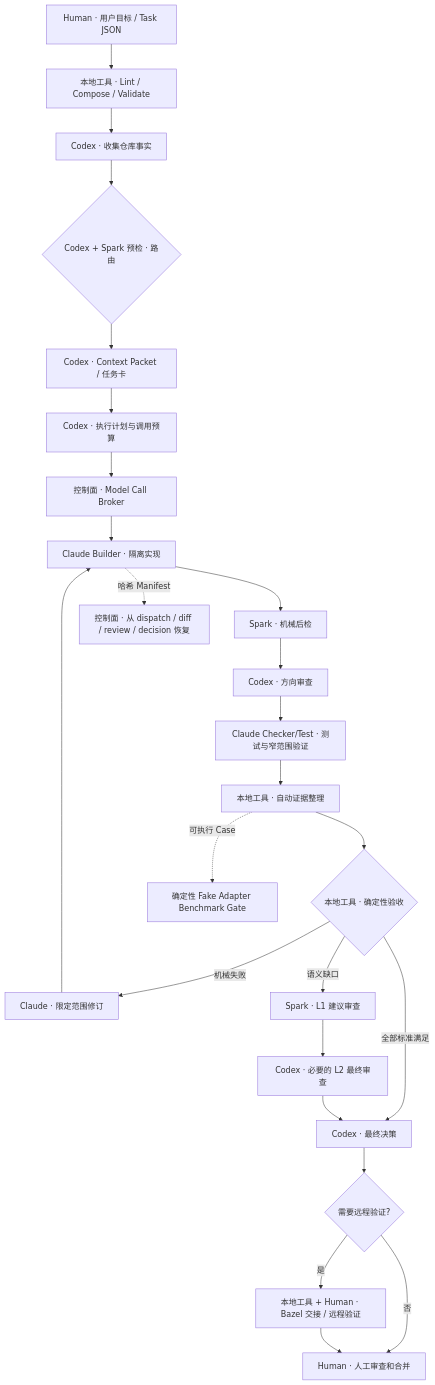
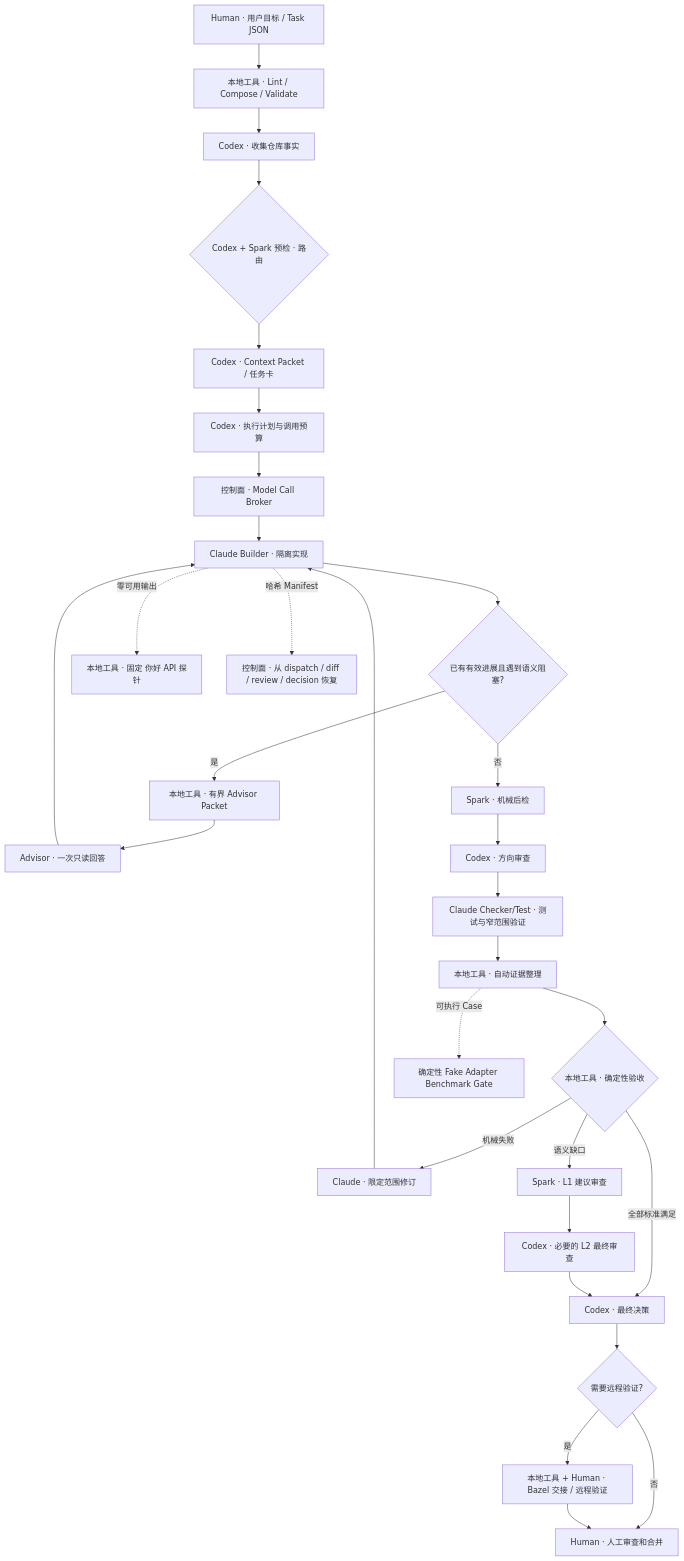
Before and after one commit to luozj1020/ai-coding-workflow: the diagram in README_CN.md, drawn with Mermaid. The commit also changed other lines of this file and 14 other files, not shown here.

````diff
--- a/README_CN.md
+++ b/README_CN.md
@@ -53,27 +53,32 @@
 ```mermaid
 flowchart TD
     U[Human · 用户目标 / Task JSON] --> L[本地工具 · Lint / Compose / Validate]
     L --> F[Codex · 收集仓库事实]
     F --> R{Codex + Spark 预检 · 路由}
     R --> C[Codex · Context Packet / 任务卡]
     C --> P[Codex · 执行计划与调用预算]
     P --> B[控制面 · Model Call Broker]
     B --> D[Claude Builder · 隔离实现]
-    D --> SP[Spark · 机械后检]
+    D --> Q{已有有效进展且遇到语义阻塞?}
+    Q -- 否 --> SP[Spark · 机械后检]
+    Q -- 是 --> AP[本地工具 · 有界 Advisor Packet]
+    AP --> AV[Advisor · 一次只读回答]
+    AV --> D
+    D -. 零可用输出 .-> HP[本地工具 · 固定 你好 API 探针]
     SP --> CR[Codex · 方向审查]
     CR --> CT[Claude Checker/Test · 测试与窄范围验证]
     CT --> E[本地工具 · 自动证据整理]
     E --> A{本地工具 · 确定性验收}
     A -- 机械失败 --> LR[Claude · 限定范围修订]
     A -- 语义缺口 --> S[Spark · L1 建议审查]
     S --> X[Codex · 必要的 L2 最终审查]
     A -- 全部标准满足 --> FD[Codex · 最终决策]
     X --> FD
     LR --> D
     FD --> H{需要远程验证?}
     H -- 是 --> RH[本地工具 + Human · Bazel 交接 / 远程验证]
     H -- 否 --> M[Human · 人工审查和合并]
     RH --> M
     D -. 哈希 Manifest .-> RS[控制面 · 从 dispatch / diff / review / decision 恢复]
     E -. 可执行 Case .-> BM[确定性 Fake Adapter Benchmark Gate]
 ```
````
